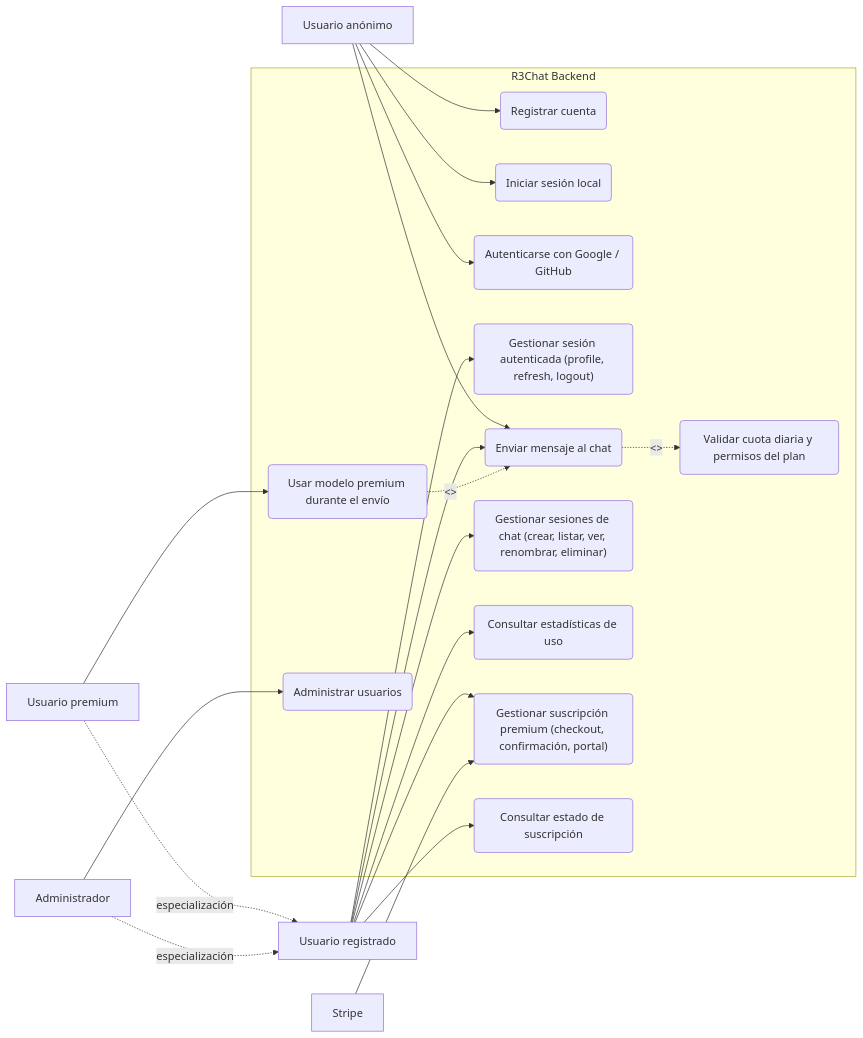
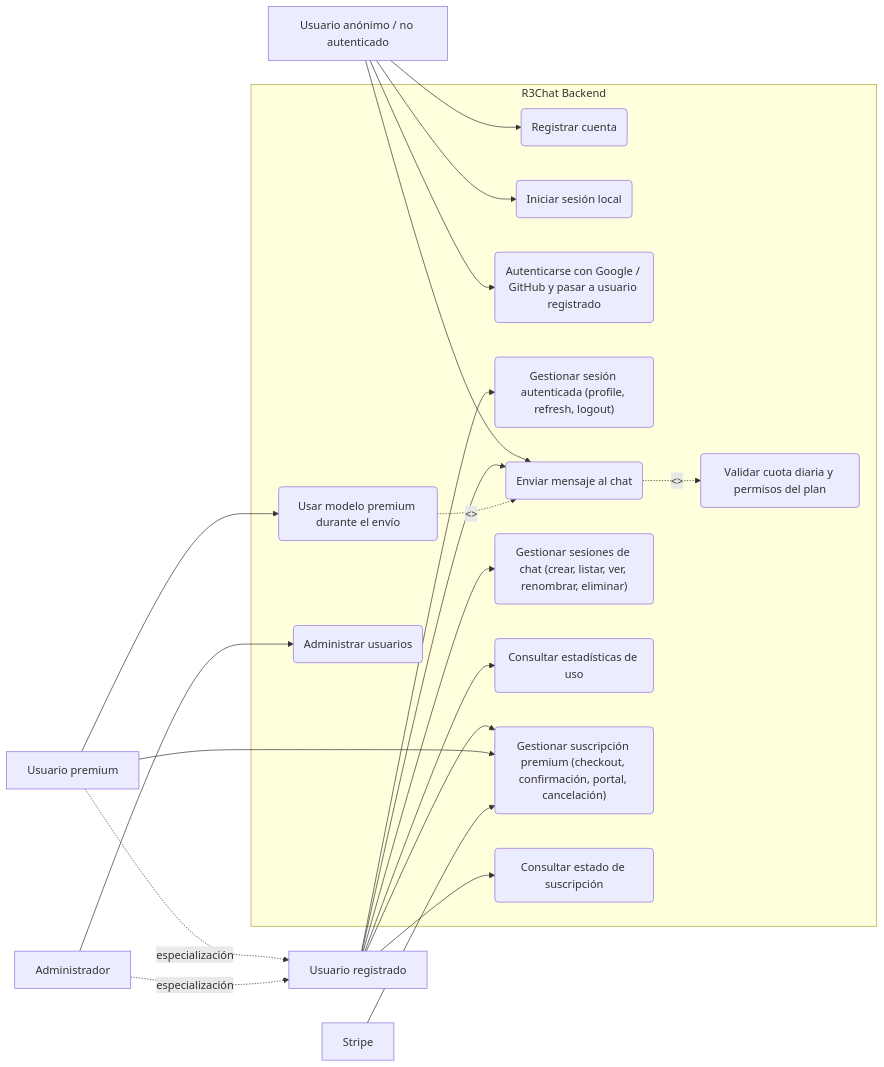
One commit to UNCSM-r0m0/saas-backend changed the diagram in docs/uml-entrega/02-diagrama-casos-de-uso.md. Above: the diagram before and after it, drawn with Mermaid. The commit also changed other lines of this file, not shown here.

Commit message:
docs(uml): refine use case actors and tiers

````diff
--- a/docs/uml-entrega/02-diagrama-casos-de-uso.md
+++ b/docs/uml-entrega/02-diagrama-casos-de-uso.md
@@ -7,45 +7,46 @@
 ```mermaid
 flowchart LR
-    UA["Usuario anónimo"]
+    UA["Usuario anónimo / no autenticado"]
     UR["Usuario registrado"]
     UP["Usuario premium"]
     ADM["Administrador"]
     ST["Stripe"]
 
     UP -. "especialización" .-> UR
     ADM -. "especialización" .-> UR
 
     subgraph SYS["R3Chat Backend"]
         UC1("Registrar cuenta")
         UC2("Iniciar sesión local")
-        UC3("Autenticarse con Google / GitHub")
+        UC3("Autenticarse con Google / GitHub y pasar a usuario registrado")
         UC4("Gestionar sesión autenticada (profile, refresh, logout)")
         UC5("Enviar mensaje al chat")
         UC6("Usar modelo premium durante el envío")
         UC7("Gestionar sesiones de chat (crear, listar, ver, renombrar, eliminar)")
         UC8("Consultar estadísticas de uso")
-        UC9("Gestionar suscripción premium (checkout, confirmación, portal)")
+        UC9("Gestionar suscripción premium (checkout, confirmación, portal, cancelación)")
         UC10("Consultar estado de suscripción")
         UC11("Administrar usuarios")
         UC12("Validar cuota diaria y permisos del plan")
     end
 
     UA --> UC1
     UA --> UC2
     UA --> UC3
     UA --> UC5
 
     UR --> UC4
     UR --> UC5
     UR --> UC7
     UR --> UC8
     UR --> UC9
     UR --> UC10
 
     UP --> UC6
+    UP --> UC9
     ADM --> UC11
     ST --> UC9
 
     UC5 -. "<<include>>" .-> UC12
     UC6 -. "<<extend>>" .-> UC5
 ```
````
